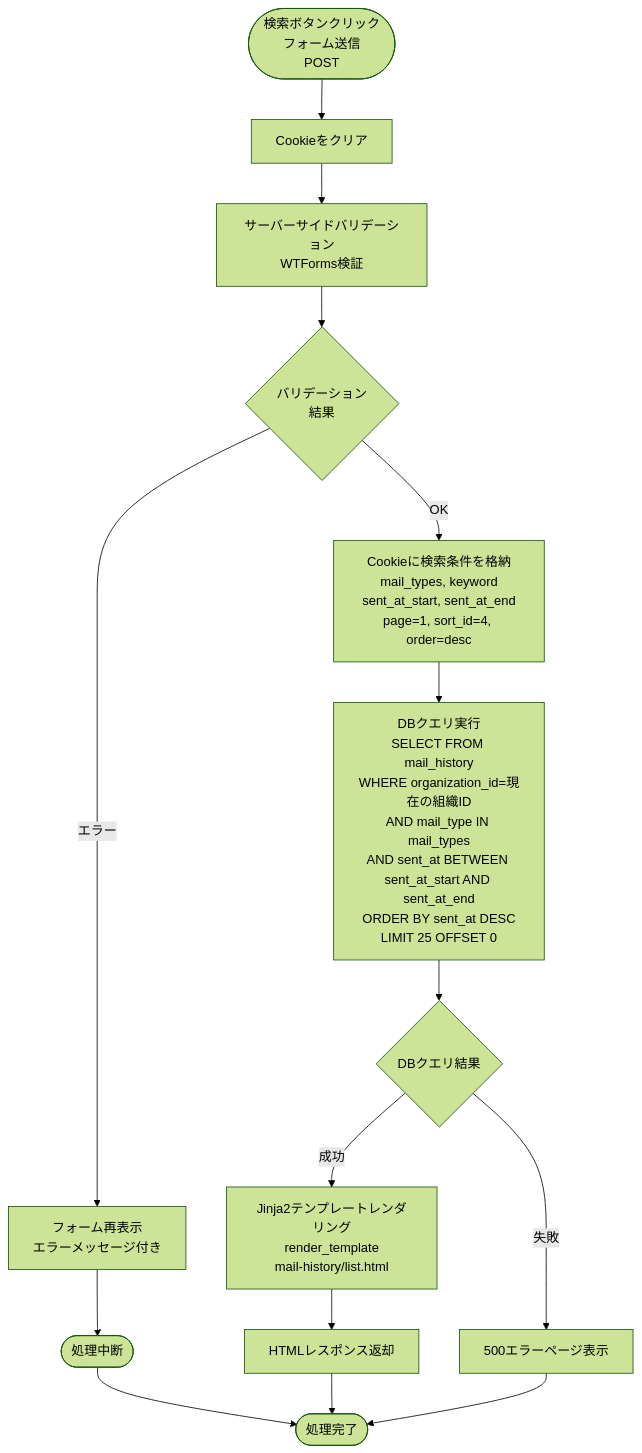
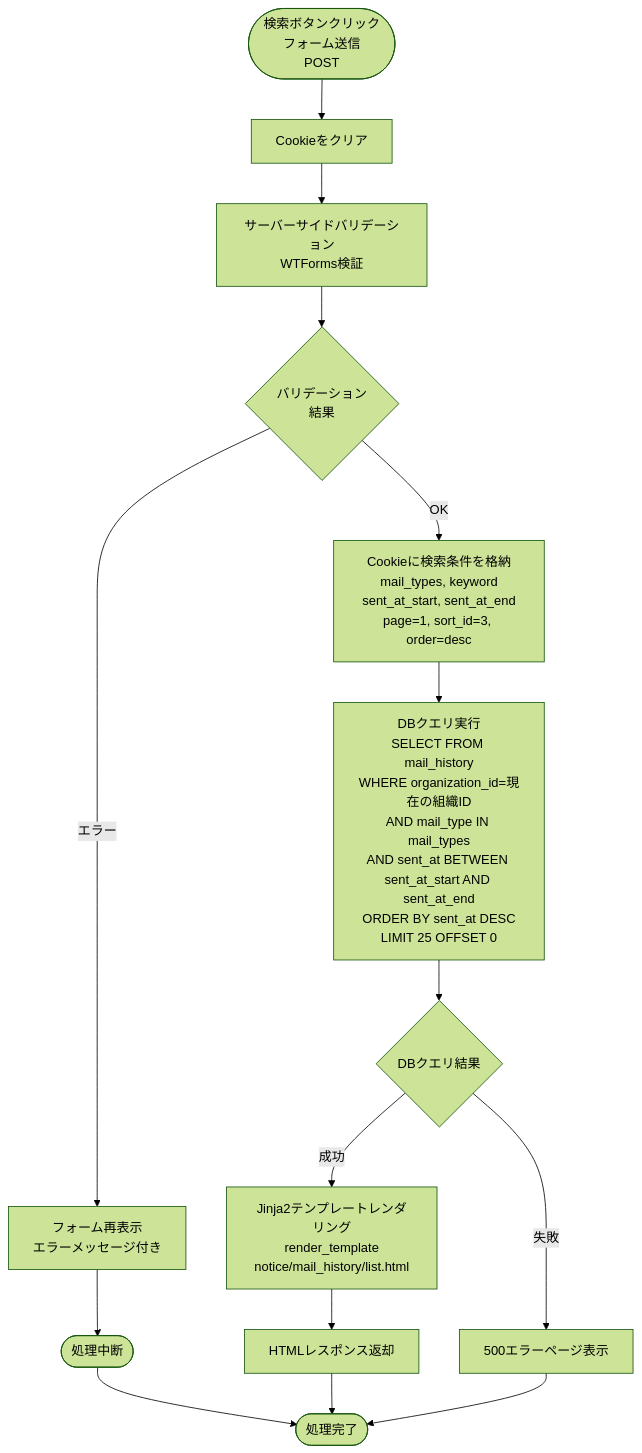
Before and after one commit to NSW-SVCP-AIWG002/Databricks-IoT: the second of 5 diagrams in docs/03-features/flask-app/mail-history/workflow-specification.md, drawn with Mermaid (forest theme). The commit also changed other lines of this file and 3 other files, not shown here.

````diff
--- a/docs/03-features/flask-app/mail-history/workflow-specification.md
+++ b/docs/03-features/flask-app/mail-history/workflow-specification.md
@@ -372,22 +370,22 @@
 ```mermaid
 flowchart TD
     Start([検索ボタンクリック<br>フォーム送信<br>POST]) --> ClearCookie[Cookieをクリア]
     ClearCookie --> Validate[サーバーサイドバリデーション<br>WTForms検証]
     Validate --> ValidCheck{バリデーション<br>結果}
 
     ValidCheck -->|エラー| ValidError[フォーム再表示<br>エラーメッセージ付き]
     ValidError --> ValidEnd([処理中断])
 
-    ValidCheck -->|OK| PutParams[Cookieに検索条件を格納<br>mail_types, keyword<br>sent_at_start, sent_at_end<br>page=1, sort_id=4, order=desc]
+    ValidCheck -->|OK| PutParams[Cookieに検索条件を格納<br>mail_types, keyword<br>sent_at_start, sent_at_end<br>page=1, sort_id=3, order=desc]
     PutParams --> Query[DBクエリ実行<br>SELECT FROM mail_history<br>WHERE organization_id=現在の組織ID<br>AND mail_type IN mail_types<br>AND sent_at BETWEEN sent_at_start AND sent_at_end<br>ORDER BY sent_at DESC<br>LIMIT 25 OFFSET 0]
     Query --> CheckDB{DBクエリ結果}
 
-    CheckDB -->|成功| Template[Jinja2テンプレートレンダリング<br>render_template<br>mail-history/list.html]
+    CheckDB -->|成功| Template[Jinja2テンプレートレンダリング<br>render_template<br>notice/mail_history/list.html]
     Template --> Response[HTMLレスポンス返却]
 
     CheckDB -->|失敗| Error500[500エラーページ表示]
 
     ValidEnd --> End([処理完了])
     Response --> End
     Error500 --> End
 ```
````
